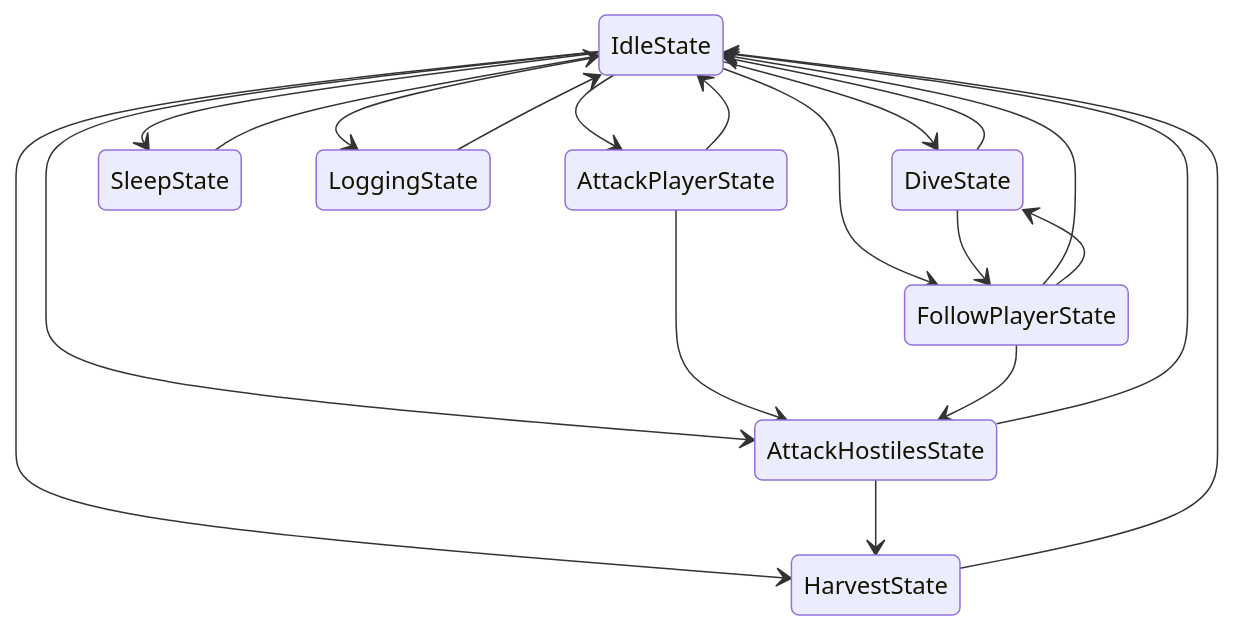
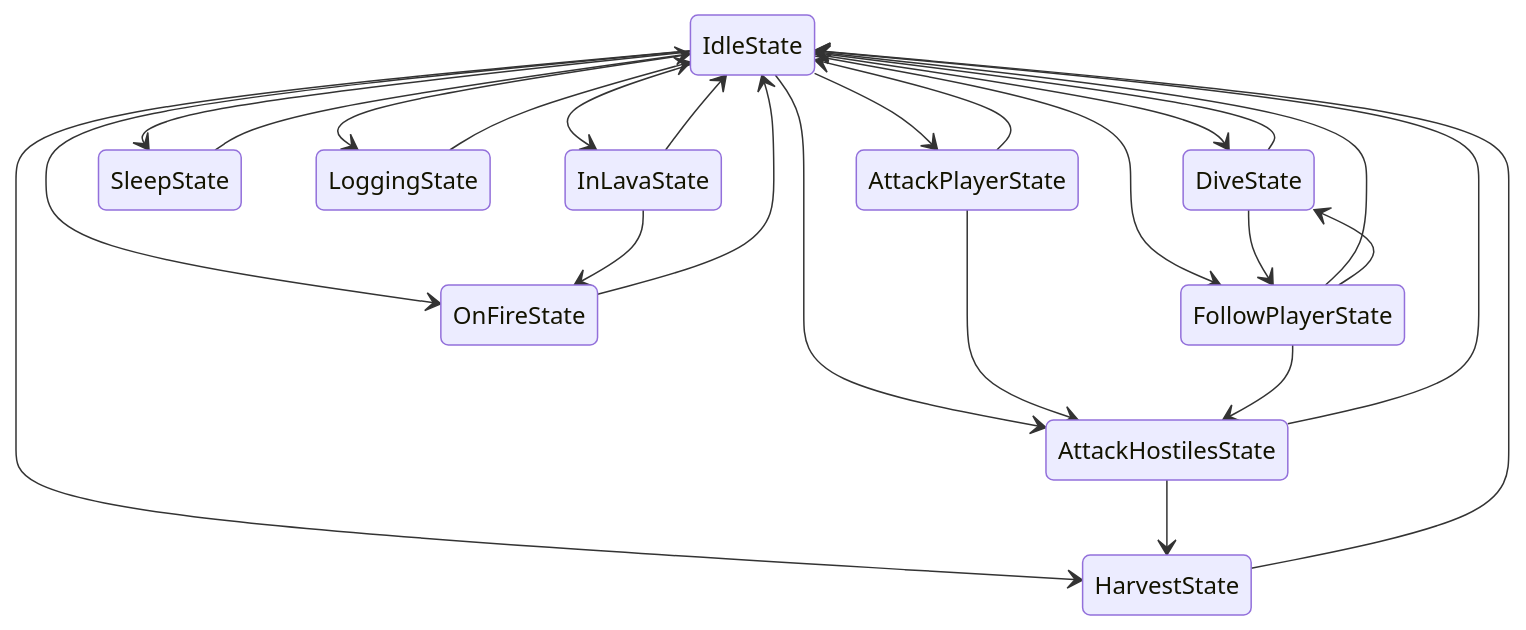
The diagram in README.md (AkagawaTsurunaki/KonekoMinecraftBot), drawn with Mermaid before and after one commit.

Commit message:
docs: 更新了状态机

````diff
--- a/README.md
+++ b/README.md
@@ -5,22 +5,27 @@
 ```mermaid
 stateDiagram
     IdleState --> AttackHostilesState
     IdleState --> AttackPlayerState
     IdleState --> DiveState
     IdleState --> FollowPlayerState
     IdleState --> SleepState
     IdleState --> HarvestState
     IdleState --> LoggingState
+    IdleState --> InLavaState
+    IdleState --> OnFireState
     AttackHostilesState --> IdleState
     AttackHostilesState --> HarvestState
     AttackPlayerState --> IdleState
     AttackPlayerState --> AttackHostilesState
     DiveState --> IdleState
     DiveState --> FollowPlayerState
     FollowPlayerState --> IdleState
     FollowPlayerState --> DiveState
     FollowPlayerState --> AttackHostilesState
     SleepState --> IdleState
     HarvestState --> IdleState
     LoggingState --> IdleState
+    InLavaState --> IdleState
+    InLavaState --> OnFireState
+    OnFireState --> IdleState
 ```
````
